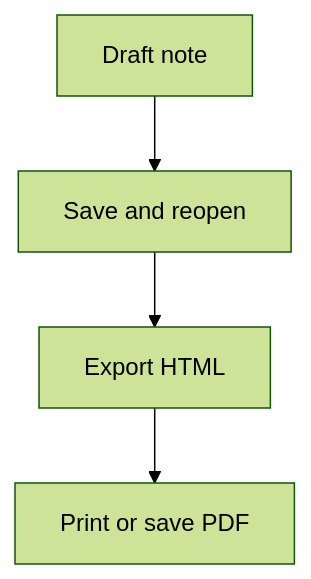
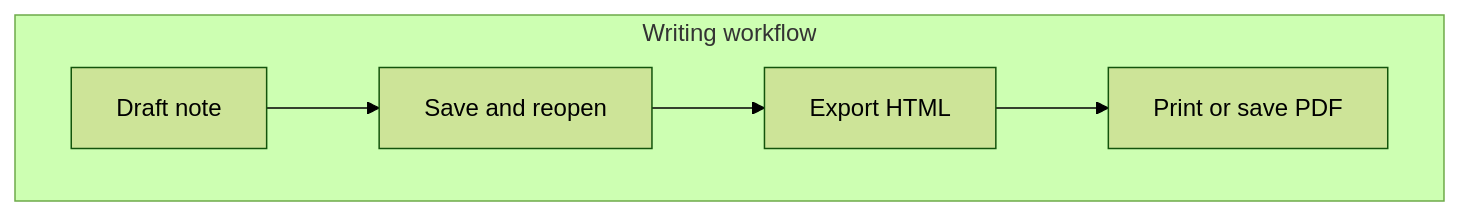
One commit to wzzc-dev/vellum changed the first of 2 diagrams in docs/acceptance/longform.md. Above: the diagram before and after it, drawn with Mermaid (forest theme). The commit also changed 3 other files, not shown here.

Commit message:
Support Mermaid subgraph fallback

````diff
--- a/docs/acceptance/longform.md
+++ b/docs/acceptance/longform.md
@@ -107,6 +107,8 @@
 ```mermaid
 flowchart TD
-  Draft[Draft note] --> Save[Save and reopen]
-  Save --> Export[Export HTML]
-  Export --> Print[Print or save PDF]
+  subgraph Writing[Writing workflow]
+    Draft[Draft note] --> Save[Save and reopen]
+    Save --> Export[Export HTML]
+    Export --> Print[Print or save PDF]
+  end
 ```
````
